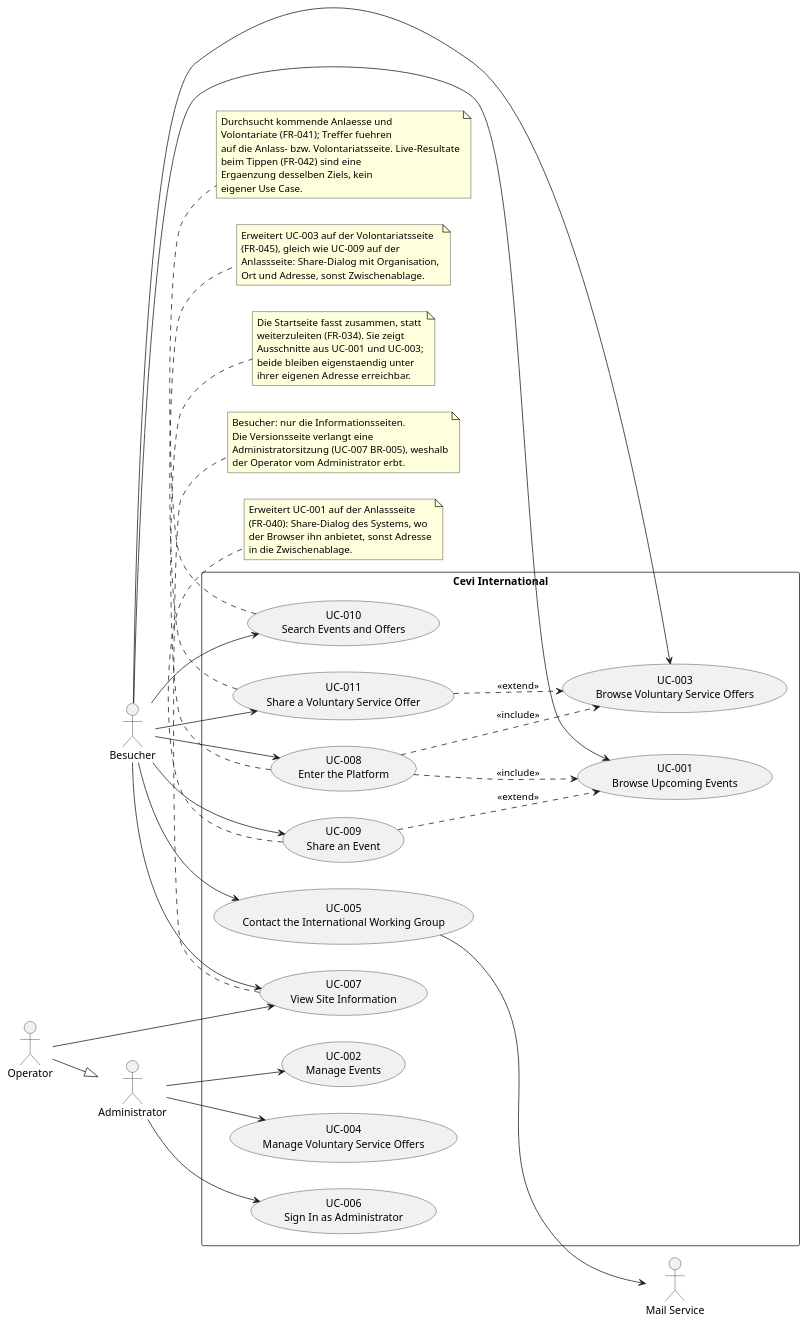
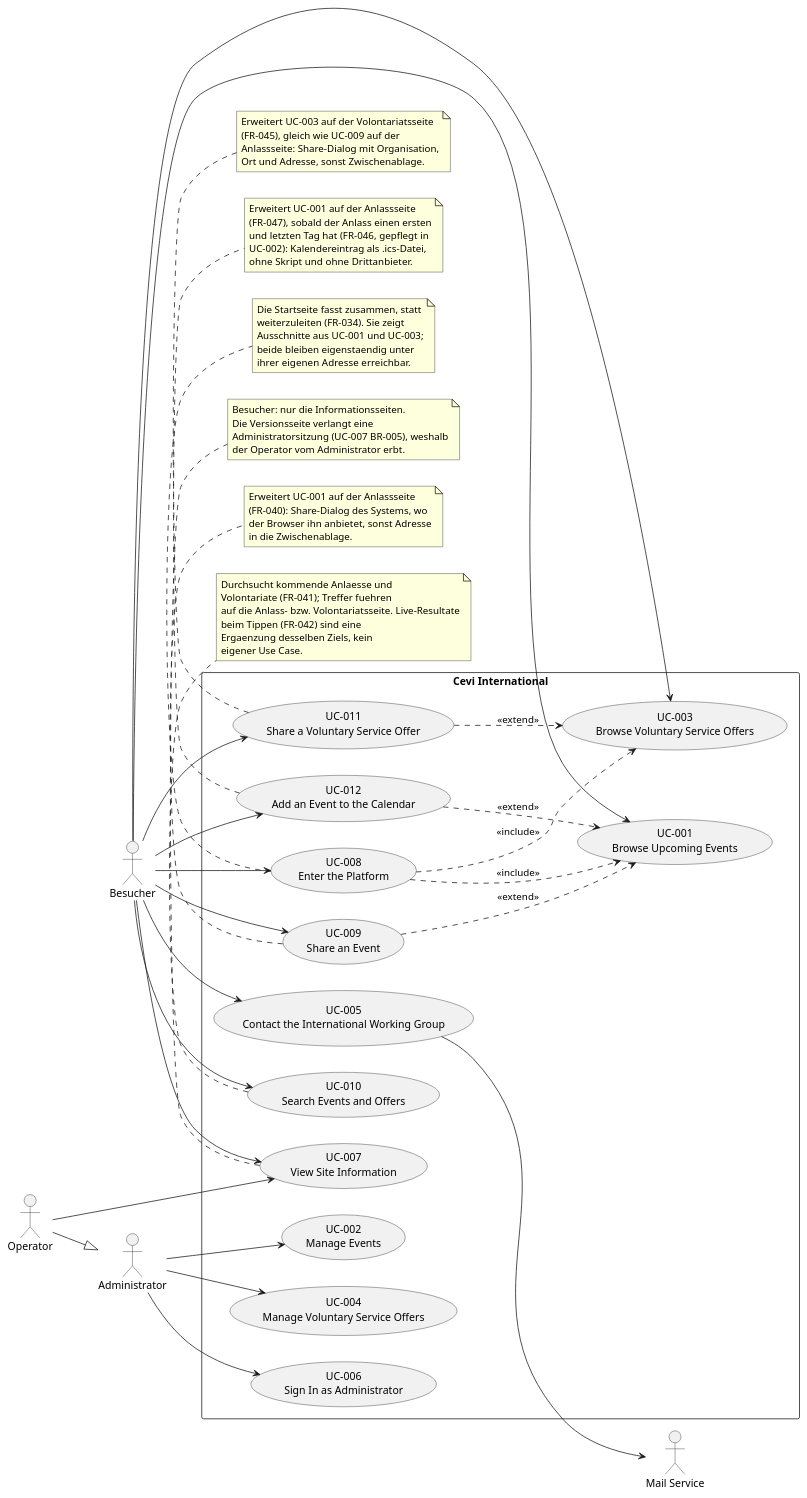
Before and after one commit to CeviFGI/cevi-int: the diagram in docs/use_cases.puml, drawn with PlantUML. The commit also changed 27 other files, not shown here.

First line of the commit message:
Specify the calendar entry of an event and move rationale into ADRs

```diff
--- a/docs/use_cases.puml
+++ b/docs/use_cases.puml
@@ -1,85 +1,96 @@
 @startuml Use Cases Overview
 left to right direction
 
 actor "Besucher" as visitor
 actor "Administrator" as admin
 actor "Operator" as operator
 actor "Mail Service" as mail
 
 operator --|> admin
 
 rectangle "Cevi International" {
     usecase "UC-001\nBrowse Upcoming Events" as UC001
     usecase "UC-002\nManage Events" as UC002
     usecase "UC-003\nBrowse Voluntary Service Offers" as UC003
     usecase "UC-004\nManage Voluntary Service Offers" as UC004
     usecase "UC-005\nContact the International Working Group" as UC005
     usecase "UC-006\nSign In as Administrator" as UC006
     usecase "UC-007\nView Site Information" as UC007
     usecase "UC-008\nEnter the Platform" as UC008
     usecase "UC-009\nShare an Event" as UC009
     usecase "UC-010\nSearch Events and Offers" as UC010
     usecase "UC-011\nShare a Voluntary Service Offer" as UC011
+    usecase "UC-012\nAdd an Event to the Calendar" as UC012
 }
 
 visitor --> UC001
 visitor --> UC003
 visitor --> UC005
 visitor --> UC007
 visitor --> UC008
 visitor --> UC009
 visitor --> UC010
 visitor --> UC011
+visitor --> UC012
 
 admin --> UC002
 admin --> UC004
 admin --> UC006
 
 operator --> UC007
 
 UC005 --> mail
 
 UC008 ..> UC001 : <<include>>
 UC008 ..> UC003 : <<include>>
 UC009 ..> UC001 : <<extend>>
 UC011 ..> UC003 : <<extend>>
+UC012 ..> UC001 : <<extend>>
 
 note bottom of UC007
   Besucher: nur die Informationsseiten.
   Die Versionsseite verlangt eine
   Administratorsitzung (UC-007 BR-005), weshalb
   der Operator vom Administrator erbt.
 end note
 
 note bottom of UC008
   Die Startseite fasst zusammen, statt
   weiterzuleiten (FR-034). Sie zeigt
   Ausschnitte aus UC-001 und UC-003;
   beide bleiben eigenstaendig unter
   ihrer eigenen Adresse erreichbar.
 end note
 
 note bottom of UC009
   Erweitert UC-001 auf der Anlassseite
   (FR-040): Share-Dialog des Systems, wo
   der Browser ihn anbietet, sonst Adresse
   in die Zwischenablage.
 end note
 
 note bottom of UC010
   Durchsucht kommende Anlaesse und
   Volontariate (FR-041); Treffer fuehren
   auf die Anlass- bzw. Volontariatsseite. Live-Resultate
   beim Tippen (FR-042) sind eine
   Ergaenzung desselben Ziels, kein
   eigener Use Case.
 end note
 
 note bottom of UC011
   Erweitert UC-003 auf der Volontariatsseite
   (FR-045), gleich wie UC-009 auf der
   Anlassseite: Share-Dialog mit Organisation,
   Ort und Adresse, sonst Zwischenablage.
 end note
 
+note bottom of UC012
+  Erweitert UC-001 auf der Anlassseite
+  (FR-047), sobald der Anlass einen ersten
+  und letzten Tag hat (FR-046, gepflegt in
+  UC-002): Kalendereintrag als .ics-Datei,
+  ohne Skript und ohne Drittanbieter.
+end note
+
 @enduml
```
